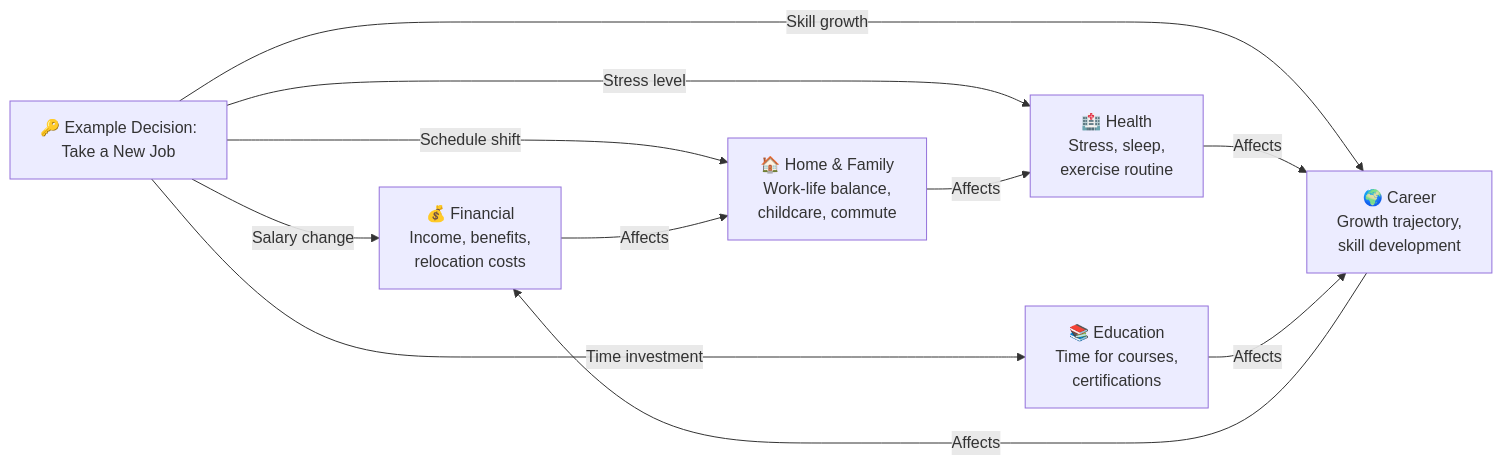
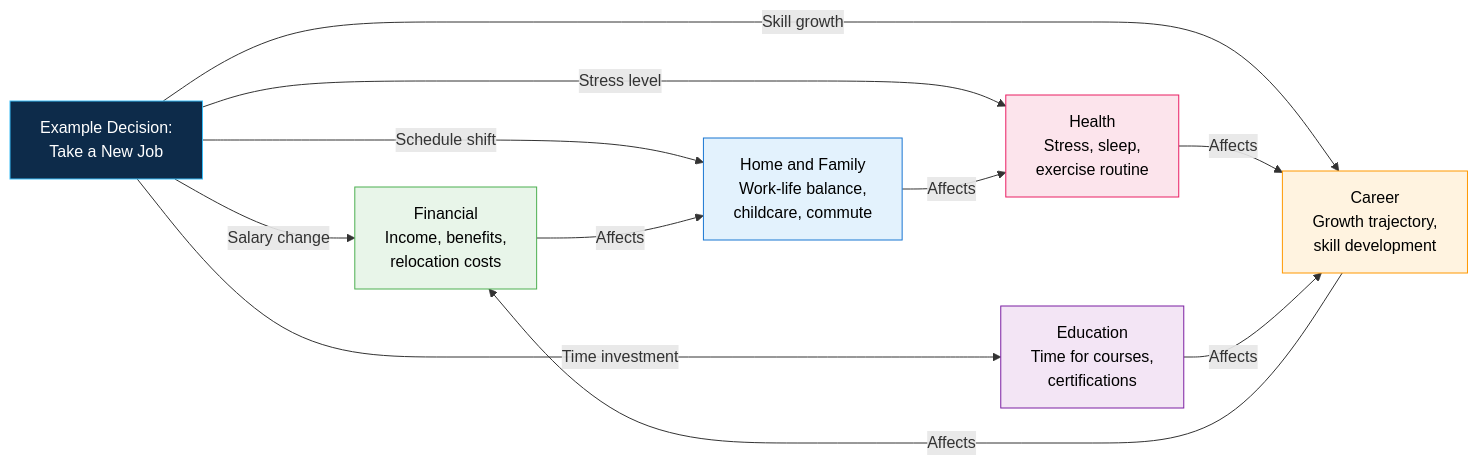
The third of 4 diagrams in README.md (mulkymalikuldhrs/famlyzer-ai), drawn with Mermaid before and after one commit. The commit also changed other lines of this file and 1 other file, not shown here.

Commit message:
🎨 Upgrade: banner image + fixed Mermaid + animations + flow diagrams

````diff
--- a/README.md
+++ b/README.md
@@ -241,16 +184,23 @@
 ```mermaid
 flowchart LR
-    Decision["🔑 Example Decision:<br/>Take a New Job"]
+    DecisionKey["Example Decision:<br/>Take a New Job"]
 
-    Decision -->|Salary change| Fin["💰 Financial<br/>Income, benefits,<br/>relocation costs"]
-    Decision -->|Schedule shift| Home["🏠 Home & Family<br/>Work-life balance,<br/>childcare, commute"]
-    Decision -->|Stress level| Health["🏥 Health<br/>Stress, sleep,<br/>exercise routine"]
-    Decision -->|Skill growth| Career["🌍 Career<br/>Growth trajectory,<br/>skill development"]
-    Decision -->|Time investment| Learn["📚 Education<br/>Time for courses,<br/>certifications"]
+    DecisionKey -->|Salary change| Fin["Financial<br/>Income, benefits,<br/>relocation costs"]
+    DecisionKey -->|Schedule shift| Home["Home and Family<br/>Work-life balance,<br/>childcare, commute"]
+    DecisionKey -->|Stress level| Health["Health<br/>Stress, sleep,<br/>exercise routine"]
+    DecisionKey -->|Skill growth| Career["Career<br/>Growth trajectory,<br/>skill development"]
+    DecisionKey -->|Time investment| Learn["Education<br/>Time for courses,<br/>certifications"]
 
     Fin -->|Affects| Home
     Home -->|Affects| Health
     Career -->|Affects| Fin
     Health -->|Affects| Career
     Learn -->|Affects| Career
+
+    style DecisionKey fill:#0d2b4a,stroke:#38bdf8,color:#fff
+    style Fin fill:#e8f5e9,stroke:#4caf50,color:#000
+    style Home fill:#e3f2fd,stroke:#1976d2,color:#000
+    style Health fill:#fce4ec,stroke:#e91e63,color:#000
+    style Career fill:#fff3e0,stroke:#ff9800,color:#000
+    style Learn fill:#f3e5f5,stroke:#7b1fa2,color:#000
 ```
````
